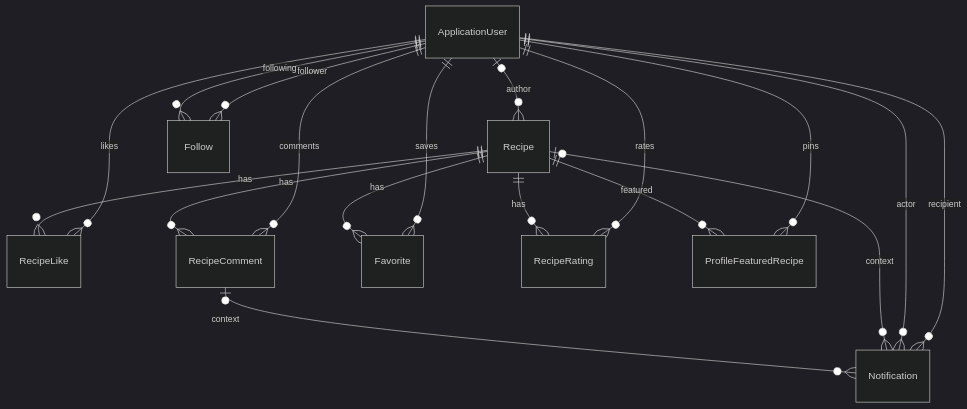
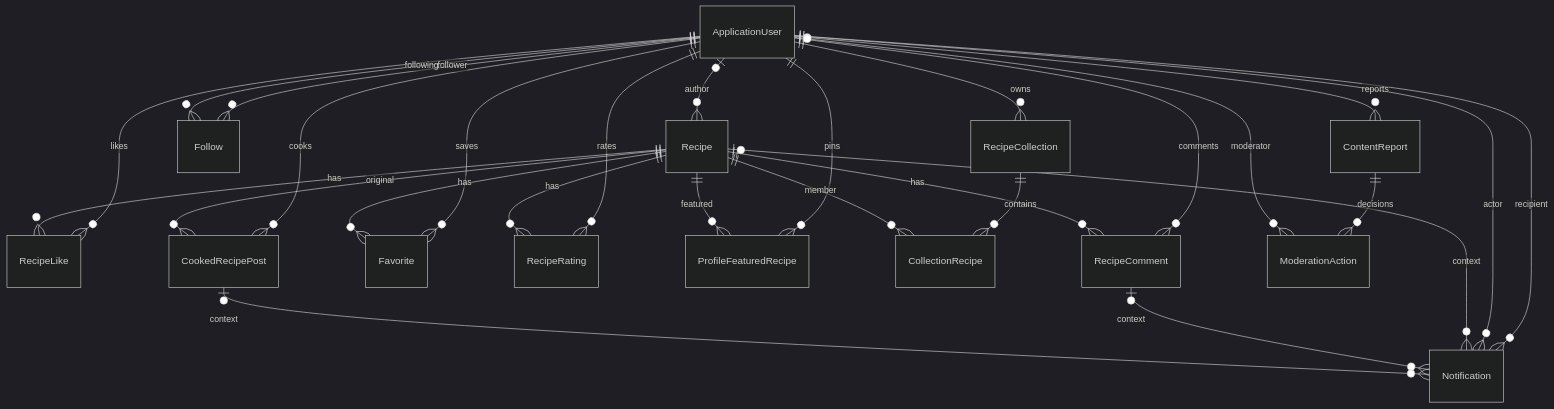
One commit to TieuBao-IT89/CookShare changed the diagram in docs/DATABASE_DESIGN.md. Above: the diagram before and after it, drawn with Mermaid (dark theme). The commit also changed other lines of this file and 100 other files, not shown here.

````diff
--- a/docs/DATABASE_DESIGN.md
+++ b/docs/DATABASE_DESIGN.md
@@ -74,20 +89,29 @@
 ```mermaid
 erDiagram
   ApplicationUser |o--o{ Recipe : author
   ApplicationUser ||--o{ RecipeLike : likes
   ApplicationUser ||--o{ RecipeComment : comments
   ApplicationUser ||--o{ Favorite : saves
   ApplicationUser ||--o{ RecipeRating : rates
   ApplicationUser ||--o{ Follow : follower
   ApplicationUser ||--o{ Follow : following
   ApplicationUser ||--o{ Notification : recipient
   ApplicationUser ||--o{ Notification : actor
   ApplicationUser ||--o{ ProfileFeaturedRecipe : pins
   Recipe ||--o{ RecipeLike : has
   Recipe ||--o{ RecipeComment : has
   Recipe ||--o{ Favorite : has
   Recipe ||--o{ RecipeRating : has
   Recipe ||--o{ ProfileFeaturedRecipe : featured
   Recipe |o--o{ Notification : context
   RecipeComment |o--o{ Notification : context
+  ApplicationUser ||--o{ RecipeCollection : owns
+  RecipeCollection ||--o{ CollectionRecipe : contains
+  Recipe ||--o{ CollectionRecipe : member
+  ApplicationUser ||--o{ CookedRecipePost : cooks
+  Recipe ||--o{ CookedRecipePost : original
+  CookedRecipePost |o--o{ Notification : context
+  ApplicationUser |o--o{ ContentReport : reports
+  ContentReport ||--o{ ModerationAction : decisions
+  ApplicationUser |o--o{ ModerationAction : moderator
 ```
````
